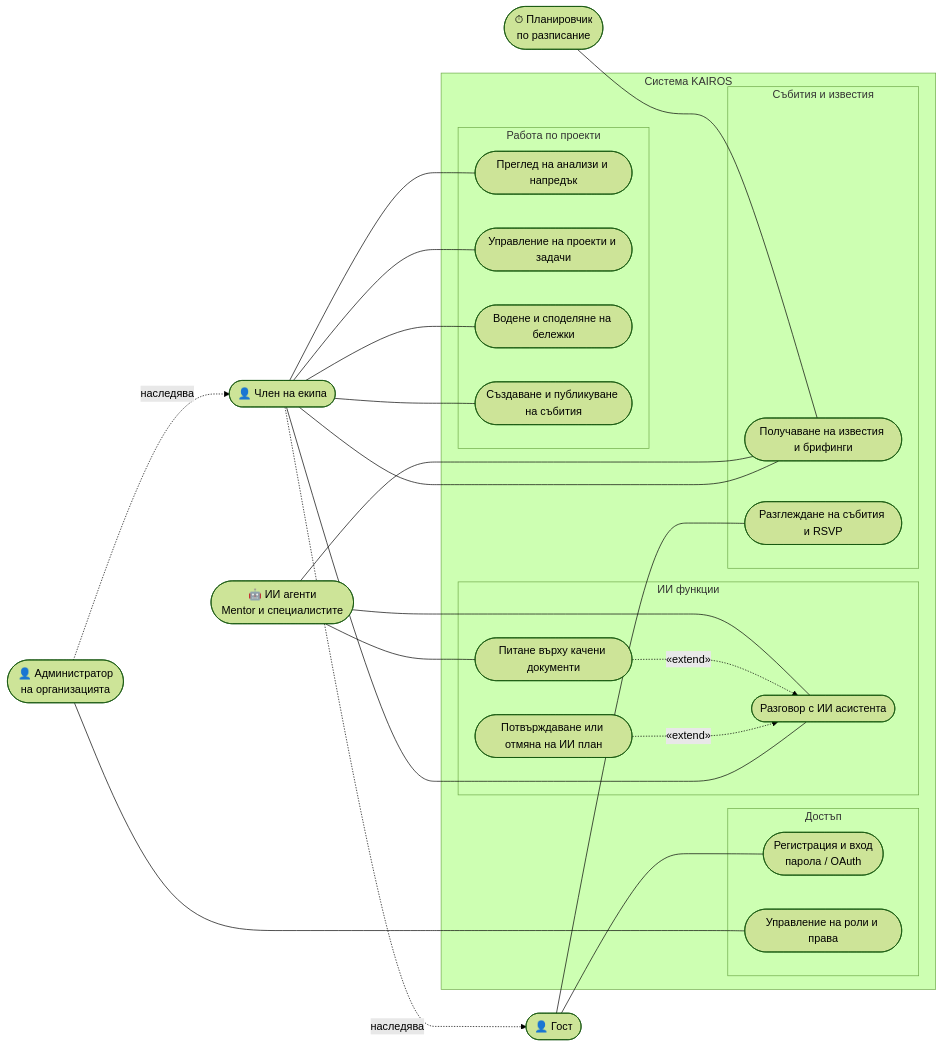
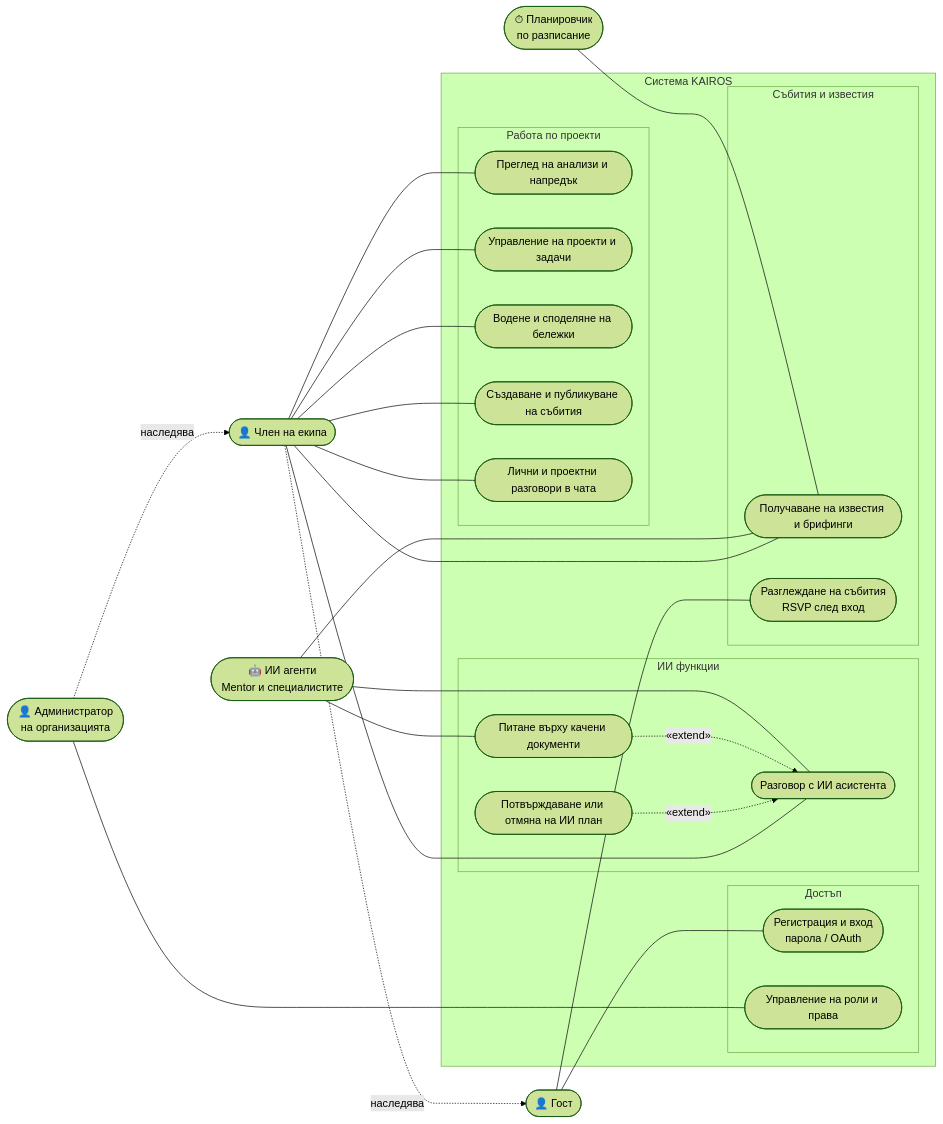
Before and after one commit to tuncheva/KAIROS: the second of 19 diagrams in docs/diploma/diagrams/GALLERY.md, drawn with Mermaid (forest theme). The commit also changed other lines of this file and 68 other files, not shown here.

First line of the commit message:
fix(thesis): replace Word-drawn figures; apply approved diagram changes

````diff
--- a/docs/diploma/diagrams/GALLERY.md
+++ b/docs/diploma/diagrams/GALLERY.md
@@ -27,47 +27,49 @@
 ```mermaid
 %% Фигура 2 – Use Case диаграма
 flowchart LR
   guest(["👤 Гост"])
   member(["👤 Член на екипа"])
   admin(["👤 Администратор<br>на организацията"])
   ai(["🤖 ИИ агенти<br>Mentor и специалистите"])
   sched(["⏱ Планировчик<br>по разписание"])
   subgraph K["Система KAIROS"]
     subgraph ACC["Достъп"]
       uc1(["Регистрация и вход<br>парола / OAuth"])
       uc2(["Управление на роли и права"])
     end
     subgraph WRK["Работа по проекти"]
       uc3(["Преглед на анализи и напредък"])
       uc4(["Управление на проекти и задачи"])
       uc5(["Водене и споделяне на бележки"])
       uc6(["Създаване и публикуване на събития"])
+      uc12(["Лични и проектни разговори в чата"])
     end
     subgraph AIF["ИИ функции"]
       uc7(["Разговор с ИИ асистента"])
       uc8(["Потвърждаване или отмяна на ИИ план"])
       uc9(["Питане върху качени документи"])
     end
     subgraph EVN["Събития и известия"]
       uc10(["Получаване на известия и брифинги"])
-      uc11(["Разглеждане на събития и RSVP"])
+      uc11(["Разглеждане на събития<br>RSVP след вход"])
     end
   end
   member -.->|"наследява"| guest
   admin -.->|"наследява"| member
   guest --- uc1
   guest --- uc11
   admin --- uc2
   member --- uc3
   member --- uc4
   member --- uc5
   member --- uc6
   member --- uc7
   member --- uc10
+  member --- uc12
   uc8 -.->|"«extend»"| uc7
   uc9 -.->|"«extend»"| uc7
   ai --- uc7
   ai --- uc9
   ai --- uc10
   sched --- uc10
 ```
````
